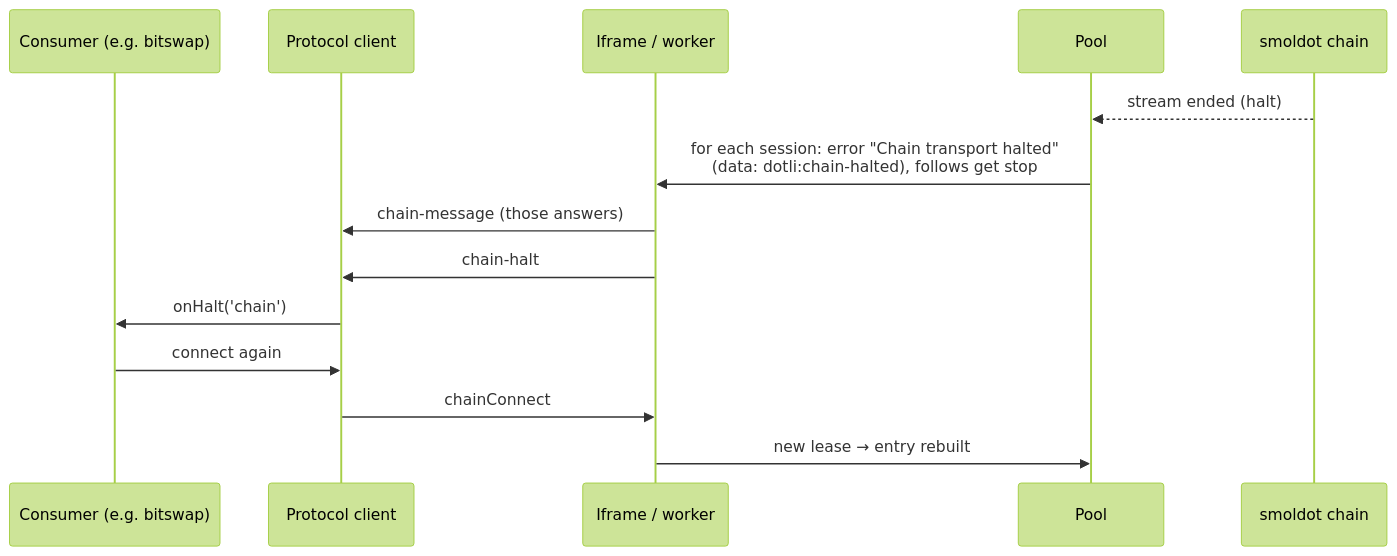
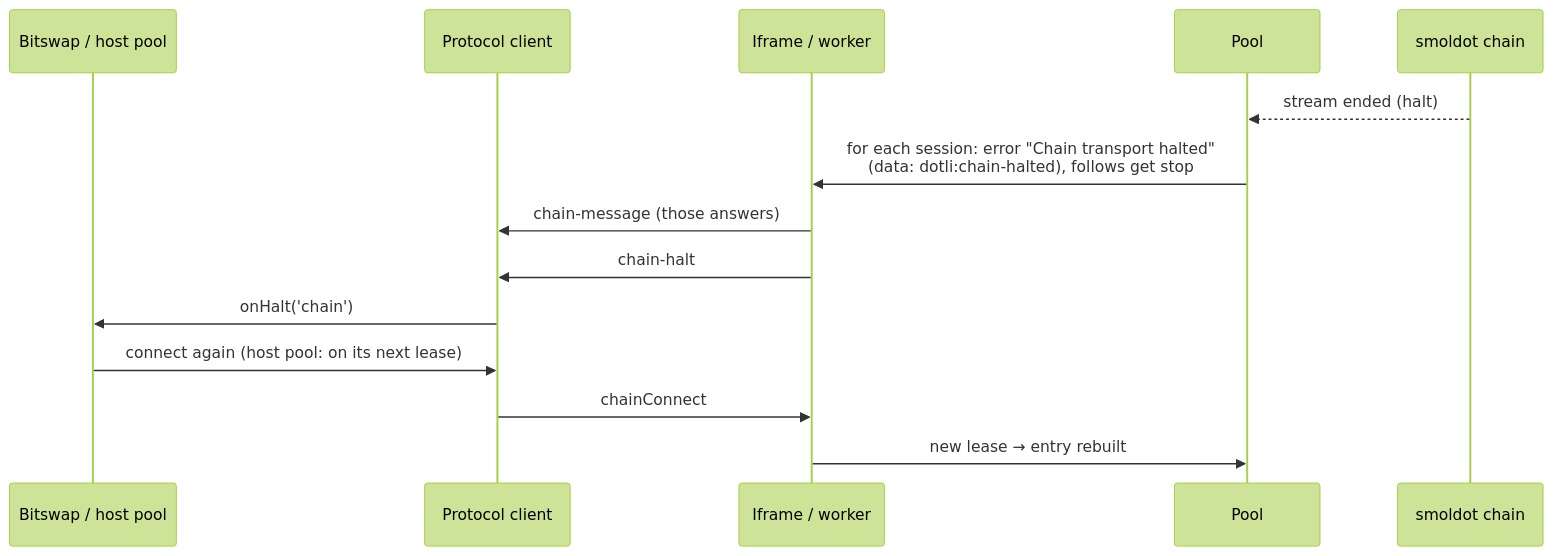
The fifth of 7 diagrams in docs/chain-connections.md (paritytech/dotli-community), drawn with Mermaid (forest theme) before and after one commit. The commit also changed other lines of this file, not shown here.

````diff
--- a/docs/chain-connections.md
+++ b/docs/chain-connections.md
@@ -169,16 +200,16 @@
 ```mermaid
 sequenceDiagram
-  participant Use as Consumer (e.g. bitswap)
+  participant Use as Bitswap / host pool
   participant Cli as Protocol client
   participant Ctx as Iframe / worker
   participant Pool as Pool
   participant Chain as smoldot chain
   Chain-->>Pool: stream ended (halt)
   Pool->>Ctx: for each session: error "Chain transport halted"<br/>(data: dotli:chain-halted), follows get stop
   Ctx->>Cli: chain-message (those answers)
   Ctx->>Cli: chain-halt
   Cli->>Use: onHalt('chain')
-  Use->>Cli: connect again
+  Use->>Cli: connect again (host pool: on its next lease)
   Cli->>Ctx: chainConnect
   Ctx->>Pool: new lease → entry rebuilt
 ```
````
